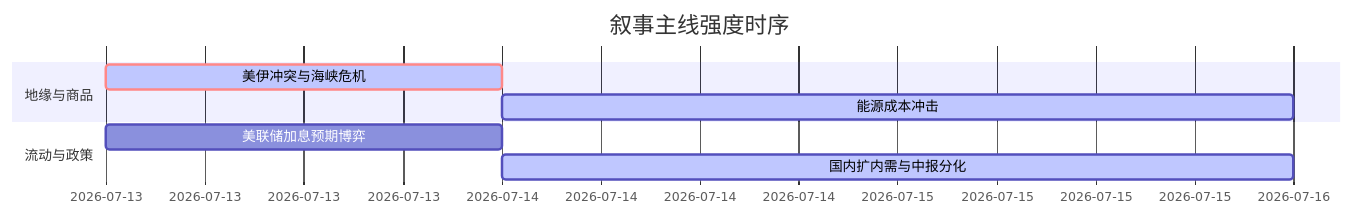
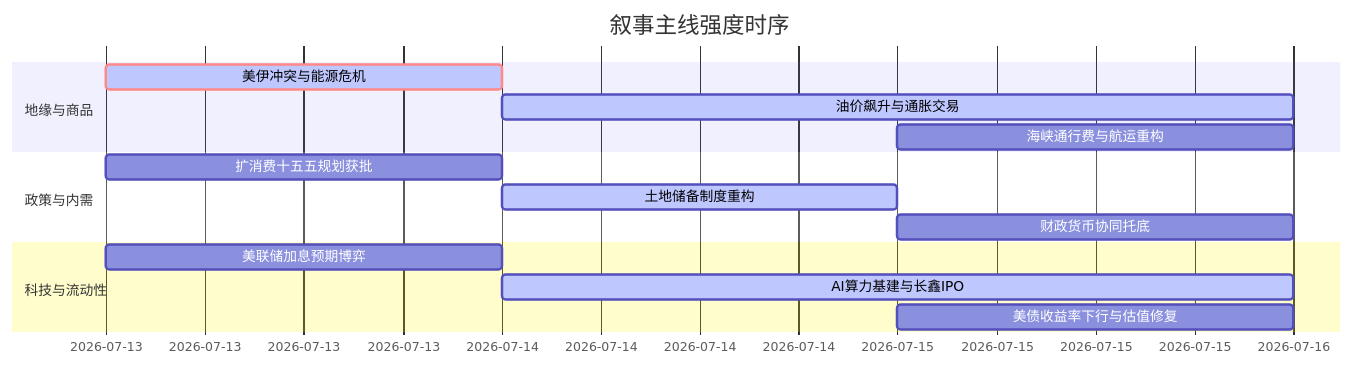
The diagram in 5day_report.md (uu5zn/uu5zn.github.io), drawn with Mermaid before and after one commit. The commit also changed other lines of this file and 24 other files, not shown here.

````diff
--- a/5day_report.md
+++ b/5day_report.md
@@ -55,12 +55,19 @@
 ```mermaid
 gantt
     title 叙事主线强度时序
     dateFormat  YYYY-MM-DD
     section 地缘与商品
-    美伊冲突与海峡危机   :crit, active, 2026-07-13, 1d
-    能源成本冲击         :active, 2026-07-14, 2d
+    美伊冲突与能源危机   :crit, active, 2026-07-13, 1d
+    油价飙升与通胀交易   :active, 2026-07-14, 2d
+    海峡通行费与航运重构   :2026-07-15, 1d
     
-    section 流动与政策
+    section 政策与内需
+    扩消费十五五规划获批   :2026-07-13, 1d
+    土地储备制度重构   :active, 2026-07-14, 1d
+    财政货币协同托底   :2026-07-15, 1d
+
+    section 科技与流动性
     美联储加息预期博弈   :2026-07-13, 1d
-    国内扩内需与中报分化 :active, 2026-07-14, 2d
+    AI算力基建与长鑫IPO   :active, 2026-07-14, 2d
+    美债收益率下行与估值修复   :2026-07-15, 1d
 ```
````
